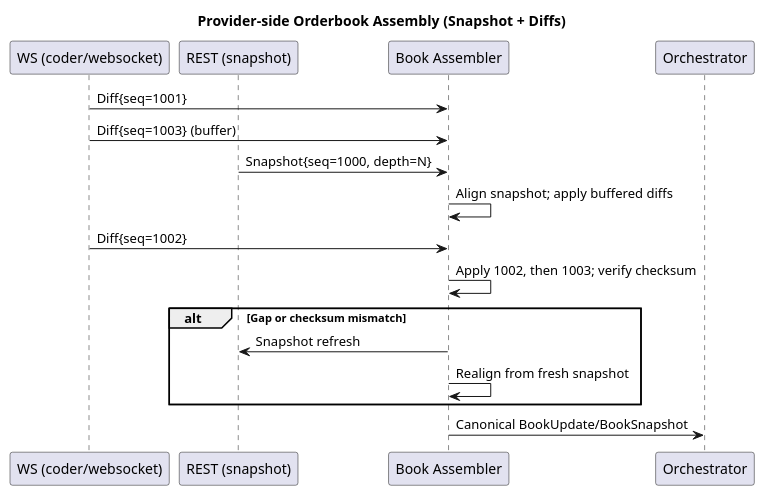
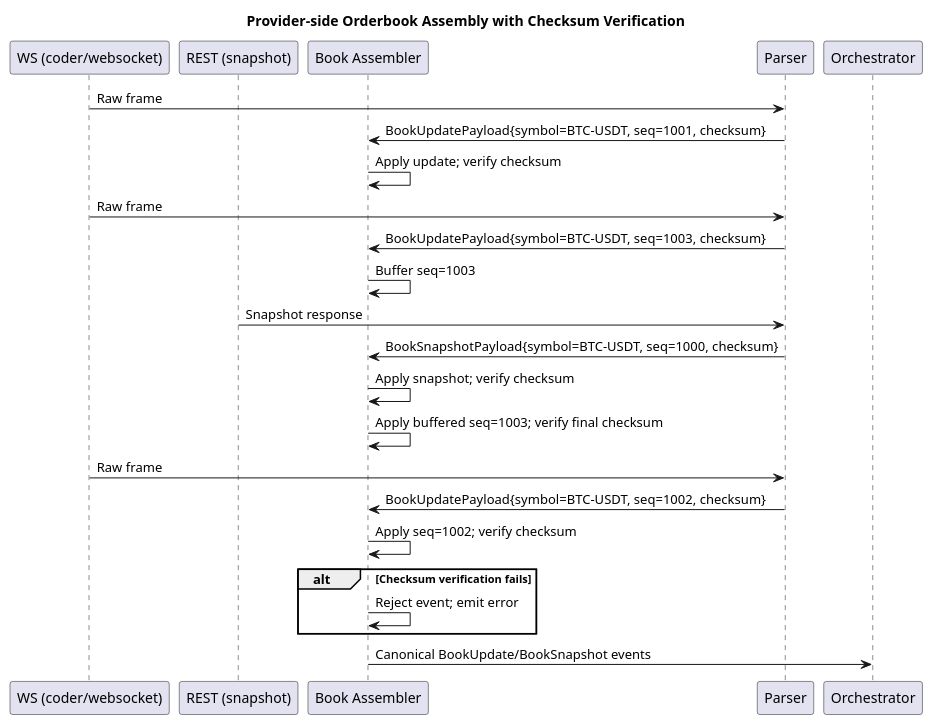
Before and after one commit to coachpo/meltica: the diagram in docs/diagrams/orderbook-assembly-seq.puml, drawn with PlantUML. The commit also changed 28 other files, not shown here.

```diff
--- a/docs/diagrams/orderbook-assembly-seq.puml
+++ b/docs/diagrams/orderbook-assembly-seq.puml
@@ -1,20 +1,27 @@
 @startuml
-title Provider-side Orderbook Assembly (Snapshot + Diffs)
+title Provider-side Orderbook Assembly with Checksum Verification
 
 participant "WS (coder/websocket)" as WS
 participant "REST (snapshot)" as REST
 participant "Book Assembler" as BA
+participant "Parser" as Parser
 participant "Orchestrator" as Orc
 
-WS -> BA : Diff{seq=1001}
-WS -> BA : Diff{seq=1003} (buffer)
-REST -> BA : Snapshot{seq=1000, depth=N}
-BA -> BA : Align snapshot; apply buffered diffs
-WS -> BA : Diff{seq=1002}
-BA -> BA : Apply 1002, then 1003; verify checksum
-alt Gap or checksum mismatch
-  BA -> REST : Snapshot refresh
-  BA -> BA : Realign from fresh snapshot
+WS -> Parser : Raw frame
+Parser -> BA : BookUpdatePayload{symbol=BTC-USDT, seq=1001, checksum}
+BA -> BA : Apply update; verify checksum
+WS -> Parser : Raw frame  
+Parser -> BA : BookUpdatePayload{symbol=BTC-USDT, seq=1003, checksum}
+BA -> BA : Buffer seq=1003
+REST -> Parser : Snapshot response
+Parser -> BA : BookSnapshotPayload{symbol=BTC-USDT, seq=1000, checksum}
+BA -> BA : Apply snapshot; verify checksum
+BA -> BA : Apply buffered seq=1003; verify final checksum
+WS -> Parser : Raw frame
+Parser -> BA : BookUpdatePayload{symbol=BTC-USDT, seq=1002, checksum}
+BA -> BA : Apply seq=1002; verify checksum
+alt Checksum verification fails
+  BA -> BA : Reject event; emit error
 end
-BA -> Orc : Canonical BookUpdate/BookSnapshot
+BA -> Orc : Canonical BookUpdate/BookSnapshot events
 @enduml
```
